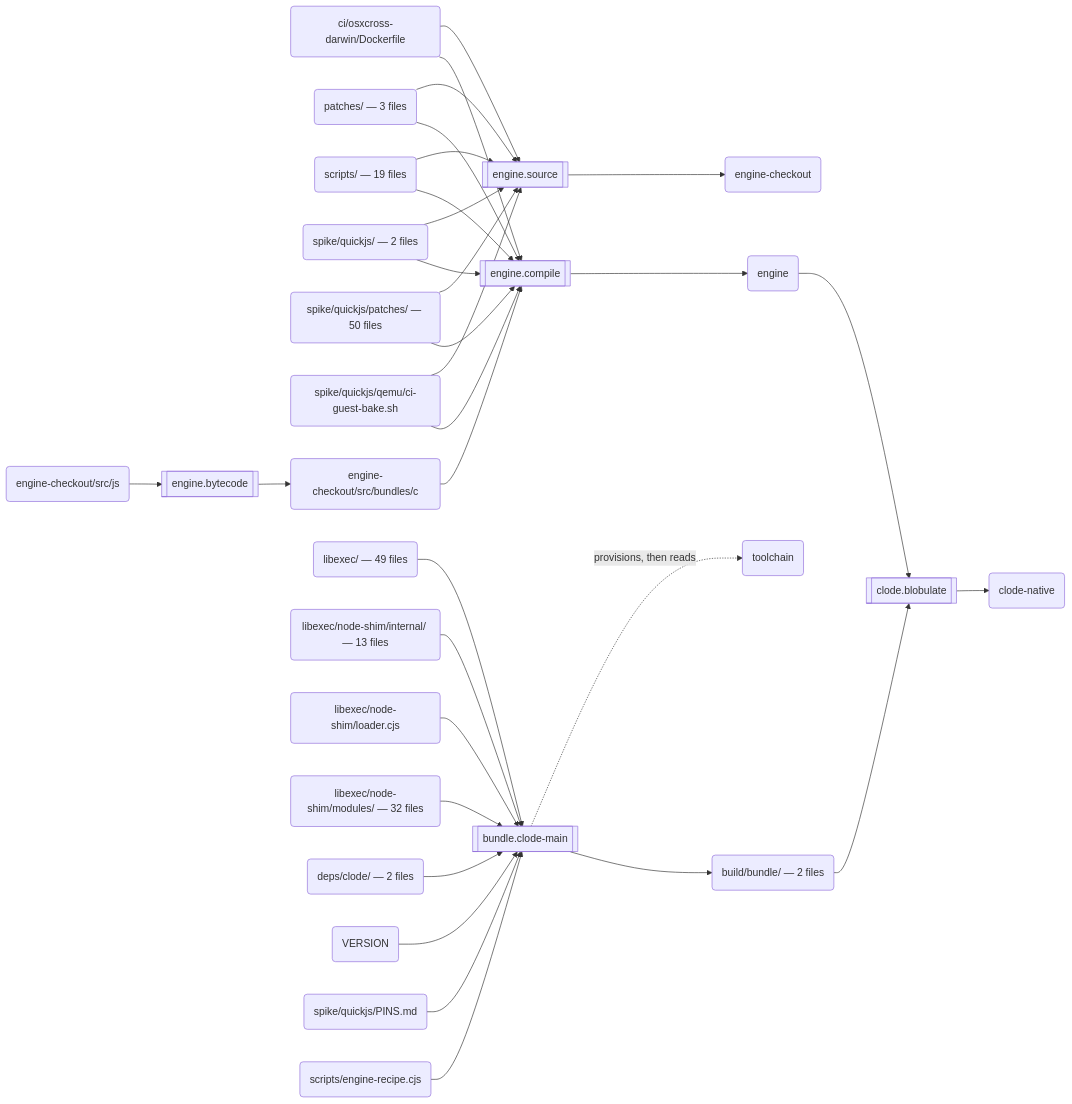
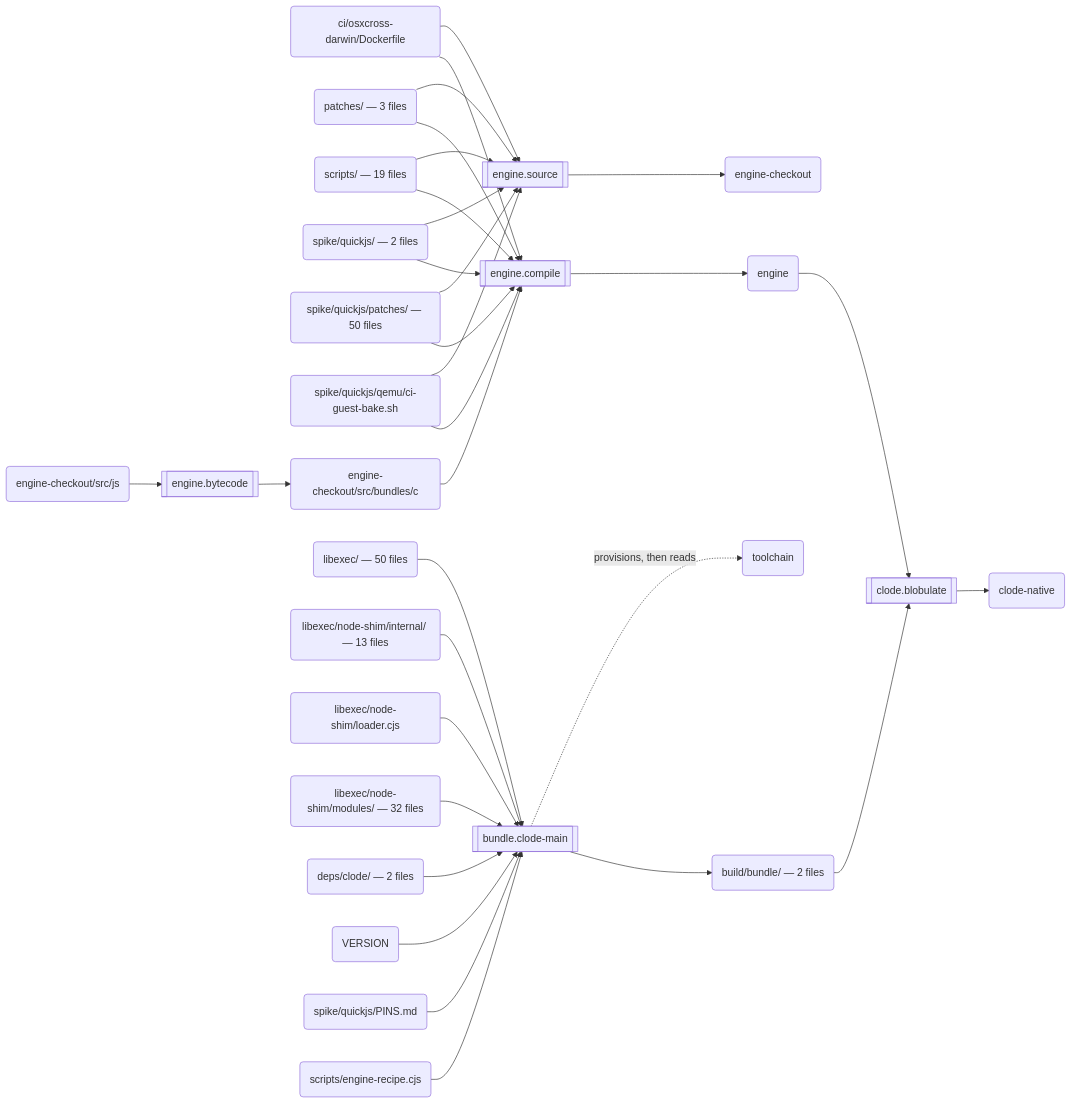
One commit to schmonz/clode changed the second of 3 diagrams in docs/build.md. Above: the diagram before and after it, drawn with Mermaid. The commit also changed 10 other files, not shown here.

````diff
--- a/docs/build.md
+++ b/docs/build.md
@@ -123,59 +123,59 @@
 ```mermaid
 flowchart LR
   s0[["engine.source"]]
   a0("ci/osxcross-darwin/Dockerfile")
   a1("patches/ — 3 files")
   a2("scripts/ — 19 files")
   a3("spike/quickjs/ — 2 files")
   a4("spike/quickjs/patches/ — 50 files")
   a5("spike/quickjs/qemu/ci-guest-bake.sh")
   a6("engine-checkout")
   s1[["engine.bytecode"]]
   a7("engine-checkout/src/js")
   a8("engine-checkout/src/bundles/c")
   s2[["engine.compile"]]
   a9("engine")
   s3[["bundle.clode-main"]]
-  a10("libexec/ — 49 files")
+  a10("libexec/ — 50 files")
   a11("libexec/node-shim/internal/ — 13 files")
   a12("libexec/node-shim/loader.cjs")
   a13("libexec/node-shim/modules/ — 32 files")
   a14("deps/clode/ — 2 files")
   a15("VERSION")
   a16("spike/quickjs/PINS.md")
   a17("scripts/engine-recipe.cjs")
   a18("toolchain")
   a19("build/bundle/ — 2 files")
   s4[["clode.blobulate"]]
   a20("clode-native")
   a0 --> s0
   a1 --> s0
   a2 --> s0
   a3 --> s0
   a4 --> s0
   a5 --> s0
   s0 --> a6
   a7 --> s1
   s1 --> a8
   a8 --> s2
   a0 --> s2
   a1 --> s2
   a2 --> s2
   a3 --> s2
   a4 --> s2
   a5 --> s2
   s2 --> a9
   a10 --> s3
   a11 --> s3
   a12 --> s3
   a13 --> s3
   a14 --> s3
   a15 --> s3
   a16 --> s3
   a17 --> s3
   s3 -.->|"provisions, then reads"| a18
   s3 --> a19
   a9 --> s4
   a19 --> s4
   s4 --> a20
 ```
````
